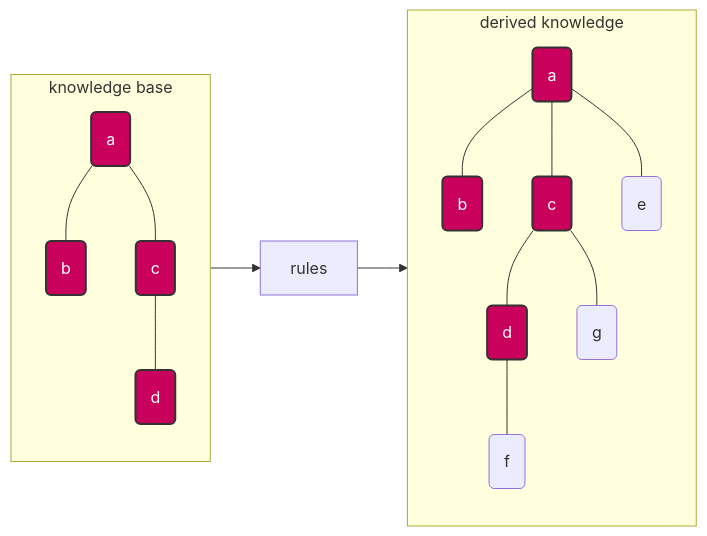
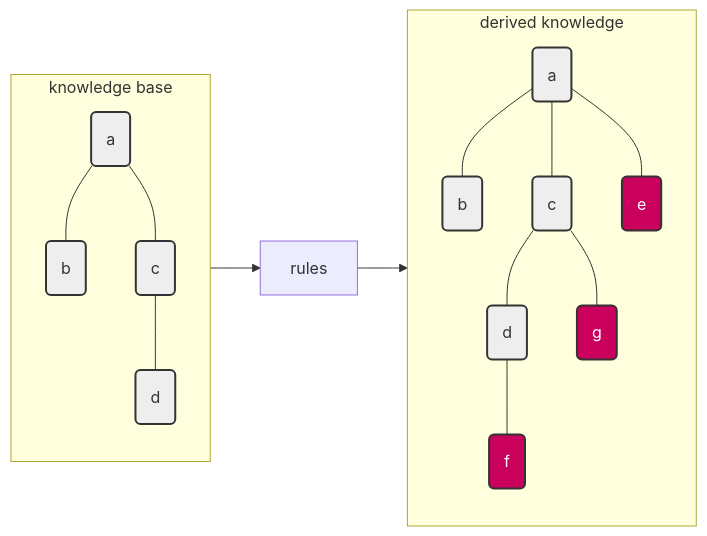
One commit to minvws/nl-kat-coordination changed the sixth of 6 diagrams in octopoes/docs/diagrams.md. Above: the diagram before and after it, drawn with Mermaid. The commit also changed other lines of this file, not shown here.

Commit message:
docs(octopoes): diagrams

````diff
--- a/octopoes/docs/diagrams.md
+++ b/octopoes/docs/diagrams.md
@@ -78,39 +109,39 @@
 ```mermaid
 
 flowchart LR
     
     subgraph kb [knowledge base]
         a1("a")
         b1("b")
         c1("c")
         d1("d")
         
         a1 --- b1
         a1 --- c1
         c1 --- d1
     end
    
    subgraph dk [derived knowledge]
         a2("a")
         b2("b")
         c2("c")
         d2("d")
         e2("e")
         f2("f")
         g2("g")
         
         a2 --- b2
         a2 --- c2
         c2 --- d2
         a2 --- e2
         d2 --- f2
         c2 --- g2
     end
     
     kb --> rules --> dk
    
-    classDef base fill:#ca005d,color:white,stroke:#333,stroke-width:2px;
-    classDef derived fill:#eee,stroke:#333,stroke-width:2px;
+    classDef base fill:#eee,stroke:#333,stroke-width:2px;
+    classDef derived fill:#ca005d,color:white,stroke:#333,stroke-width:2px;
     class a1,b1,c1,d1,a2,b2,c2,d2 base
-    class e,f,g derived
+    class e2,f2,g2 derived
 ```
````
